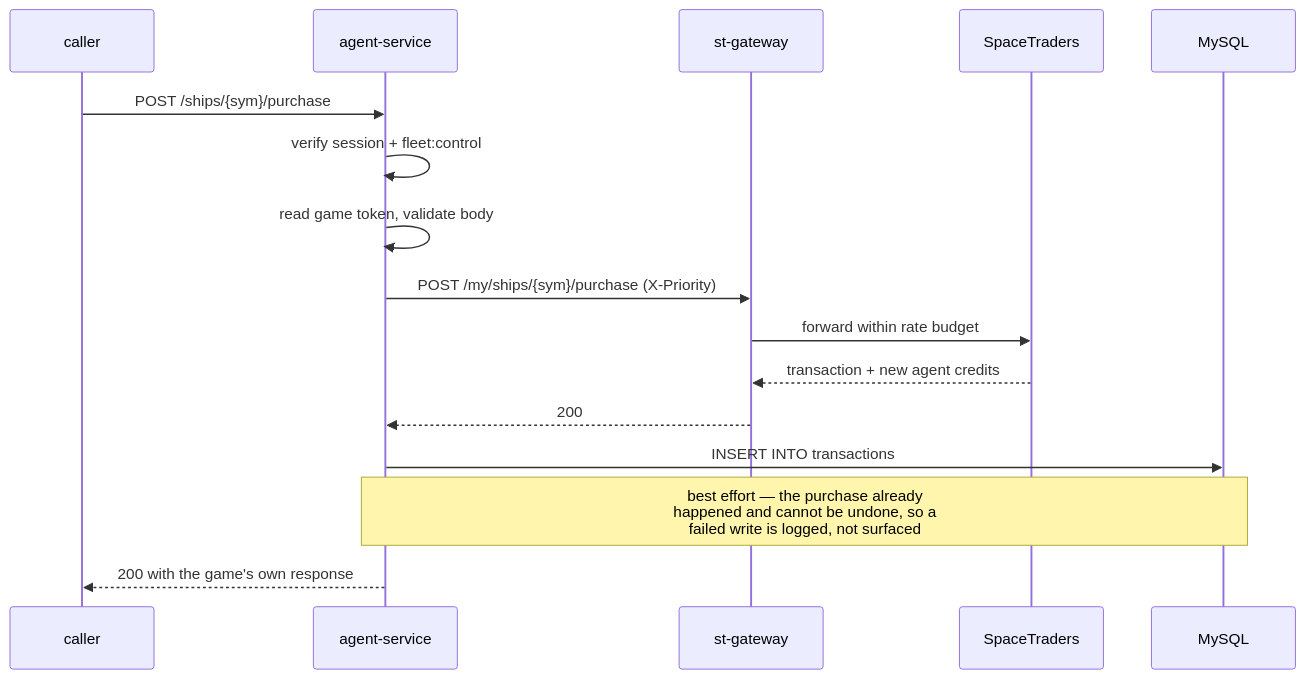
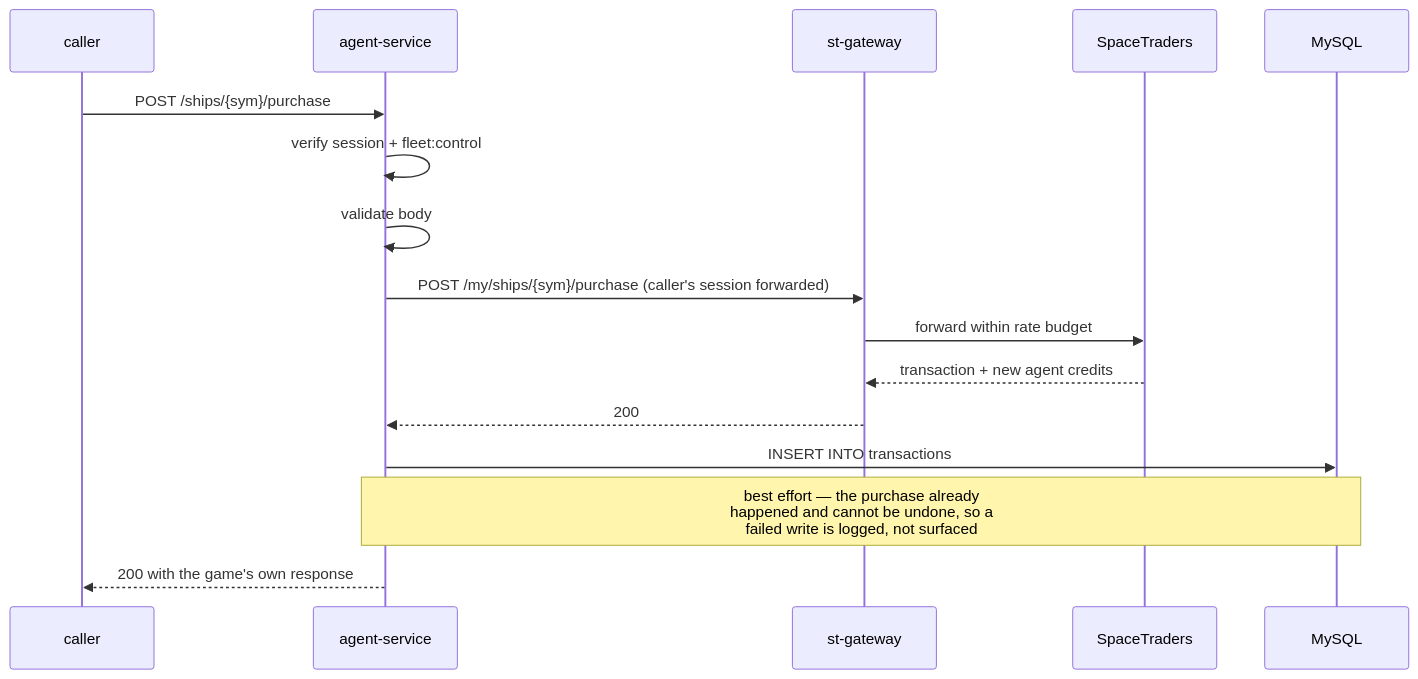
The third of 3 diagrams in README.md (V-M-Pioneer-Trading/agent-service), drawn with Mermaid before and after one commit. The commit also changed other lines of this file and 11 other files, not shown here.

````diff
--- a/README.md
+++ b/README.md
@@ -96,19 +90,19 @@
 ```mermaid
 sequenceDiagram
     participant C as caller
     participant A as agent-service
     participant G as st-gateway
     participant S as SpaceTraders
     participant D as MySQL
 
     C->>A: POST /ships/{sym}/purchase
     A->>A: verify session + fleet:control
-    A->>A: read game token, validate body
-    A->>G: POST /my/ships/{sym}/purchase (X-Priority)
+    A->>A: validate body
+    A->>G: POST /my/ships/{sym}/purchase (caller's session forwarded)
     G->>S: forward within rate budget
     S-->>G: transaction + new agent credits
     G-->>A: 200
     A->>D: INSERT INTO transactions
     Note over A,D: best effort — the purchase already<br/>happened and cannot be undone, so a<br/>failed write is logged, not surfaced
     A-->>C: 200 with the game's own response
 ```
````
